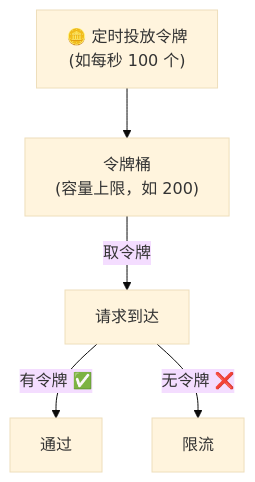
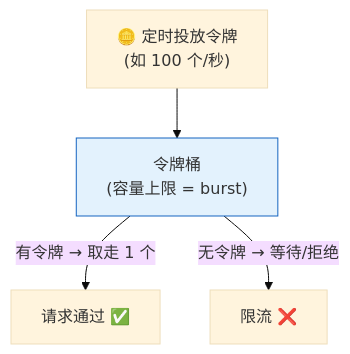
Before and after one commit to guozy502/my-tech-blog: the fourth of 4 diagrams in content/posts/分布式/限流算法全解——计数器、滑动窗口、漏桶、令牌桶.md, drawn with Mermaid (base theme). The commit also changed other lines of this file and 52 other files, not shown here.

````diff
--- a/content/posts/分布式/限流算法全解——计数器、滑动窗口、漏桶、令牌桶.md
+++ b/content/posts/分布式/限流算法全解——计数器、滑动窗口、漏桶、令牌桶.md
@@ -120,7 +135,8 @@
 ```mermaid
 flowchart TD
-    PRODUCER["🪙 定时投放令牌\n(如每秒 100 个)"] --> BUCKET["令牌桶\n(容量上限，如 200)"]
-    BUCKET -->|"取令牌"| REQ["请求到达"]
-    REQ -->|"有令牌 ✅"| PASS["通过"]
-    REQ -->|"无令牌 ❌"| REJECT["限流"]
+    PRODUCER["🪙 定时投放令牌\n(如 100 个/秒)"] --> BUCKET["令牌桶\n(容量上限 = burst)"]
+    BUCKET -->|"有令牌 → 取走 1 个"| PASS["请求通过 ✅"]
+    BUCKET -->|"无令牌 → 等待/拒绝"| REJECT["限流 ❌"]
+    
+    style BUCKET fill:#e3f2fd,stroke:#1565c0
 ```
````
